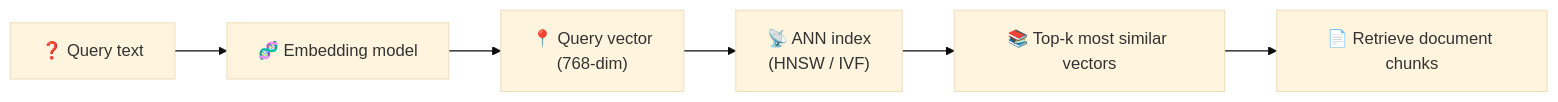
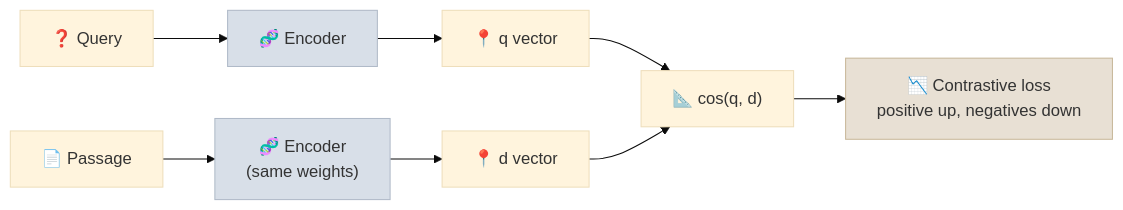
One commit to sundante/sun-course-genai changed the diagram in src/content/11-RAG/Notes/02-Embeddings-and-Vector-Search.mdx. Above: the diagram before and after it, drawn with Mermaid (base theme). The commit also changed other lines of this file and 24 other files, not shown here.

````diff
--- a/src/content/11-RAG/Notes/02-Embeddings-and-Vector-Search.mdx
+++ b/src/content/11-RAG/Notes/02-Embeddings-and-Vector-Search.mdx
@@ -64,7 +21,12 @@
 ```mermaid
 flowchart LR
-    Q["❓ Query text"] --> EM["🧬 Embedding model"] --> QV["📍 Query vector<br/>(768-dim)"]
-    QV --> ANN["📡 ANN index<br/>(HNSW / IVF)"]
-    ANN --> TOPK["📚 Top-k most similar vectors"]
-    TOPK --> DOC["📄 Retrieve document chunks"]
+    Q["❓ Query"] --> EQ["🧬 Encoder"] --> VQ["📍 q vector"]
+    D["📄 Passage"] --> ED["🧬 Encoder<br/>(same weights)"] --> VD["📍 d vector"]
+    VQ --> S["📐 cos(q, d)"]
+    VD --> S
+    S --> L["📉 Contrastive loss<br/>positive up, negatives down"]
+
+    style EQ fill:#d8dfe8,stroke:#b0bac8
+    style ED fill:#d8dfe8,stroke:#b0bac8
+    style L fill:#e8e0d4,stroke:#c8b89a
 ```
````
